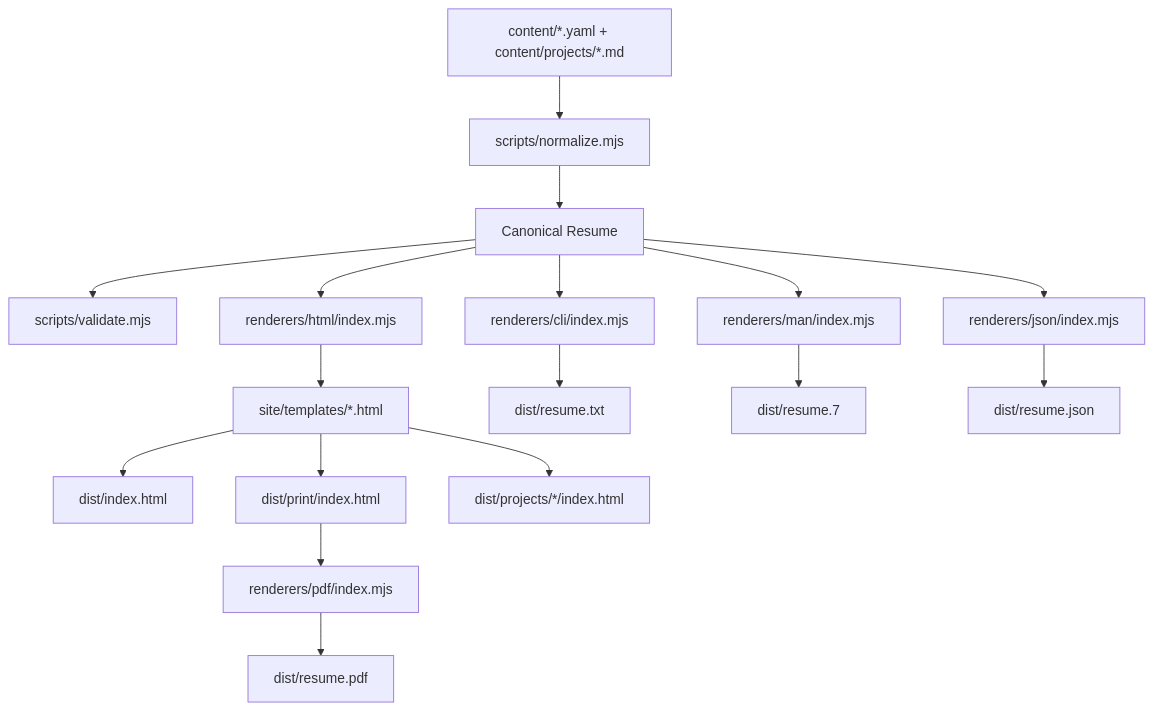
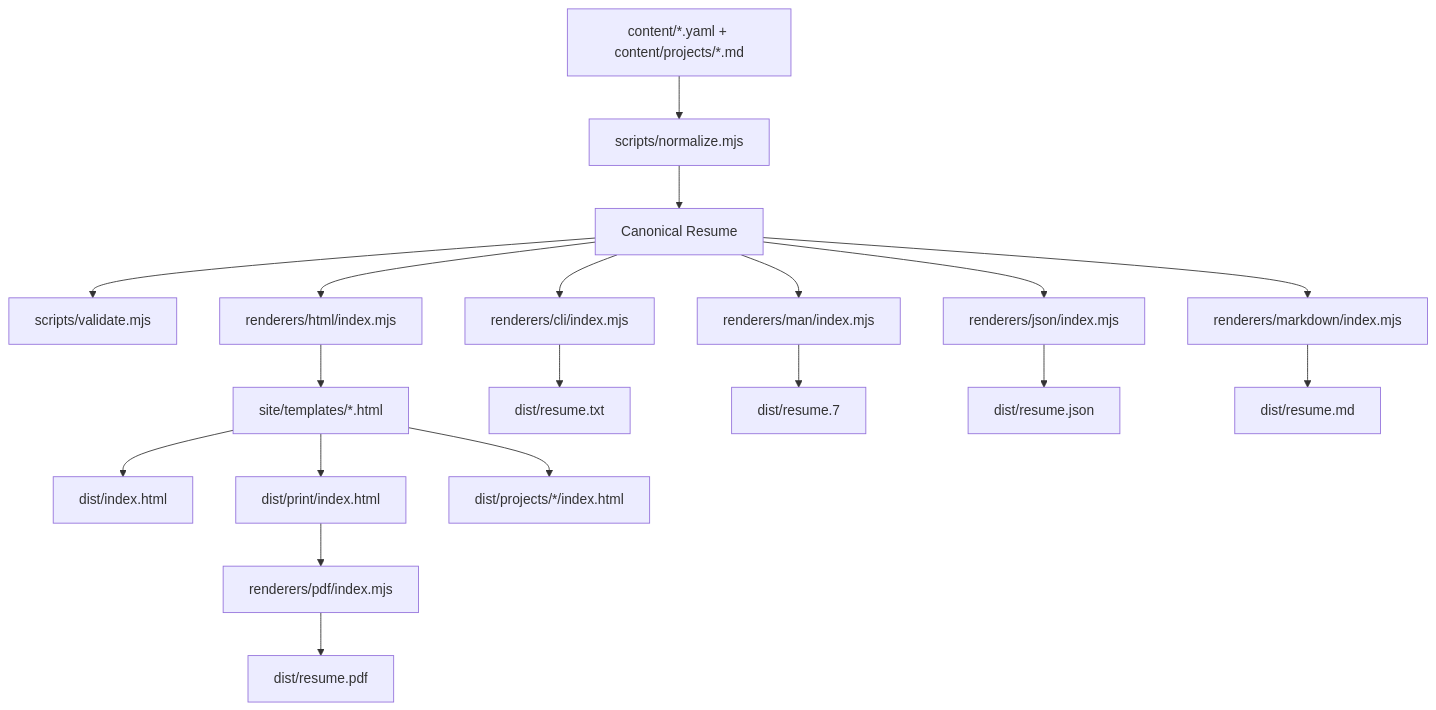
One commit to Shadowzzh/resume changed the first of 3 diagrams in docs/architecture-and-flow.md. Above: the diagram before and after it, drawn with Mermaid. The commit also changed other lines of this file and 6 other files, not shown here.

````diff
--- a/docs/architecture-and-flow.md
+++ b/docs/architecture-and-flow.md
@@ -9,22 +9,24 @@
 ```mermaid
 flowchart TD
     A[content/*.yaml + content/projects/*.md] --> B[scripts/normalize.mjs]
     B --> C[Canonical Resume]
     C --> D[scripts/validate.mjs]
     C --> E[renderers/html/index.mjs]
     C --> F[renderers/cli/index.mjs]
     C --> G[renderers/man/index.mjs]
     C --> H[renderers/json/index.mjs]
+    C --> I[renderers/markdown/index.mjs]
 
-    E --> I[site/templates/*.html]
-    I --> J[dist/index.html]
-    I --> K[dist/print/index.html]
-    I --> L[dist/projects/*/index.html]
+    E --> J[site/templates/*.html]
+    J --> K[dist/index.html]
+    J --> L[dist/print/index.html]
+    J --> M[dist/projects/*/index.html]
 
-    K --> M[renderers/pdf/index.mjs]
-    M --> N[dist/resume.pdf]
+    L --> N[renderers/pdf/index.mjs]
+    N --> O[dist/resume.pdf]
 
-    F --> O[dist/resume.txt]
-    G --> P[dist/resume.7]
-    H --> Q[dist/resume.json]
+    F --> P[dist/resume.txt]
+    G --> Q[dist/resume.7]
+    H --> R[dist/resume.json]
+    I --> S[dist/resume.md]
 ```
````
